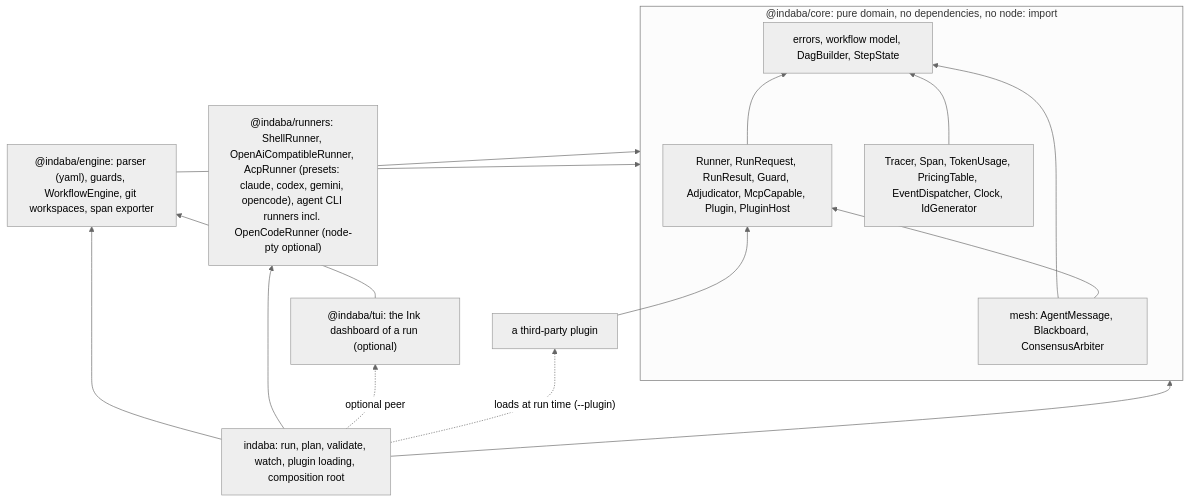
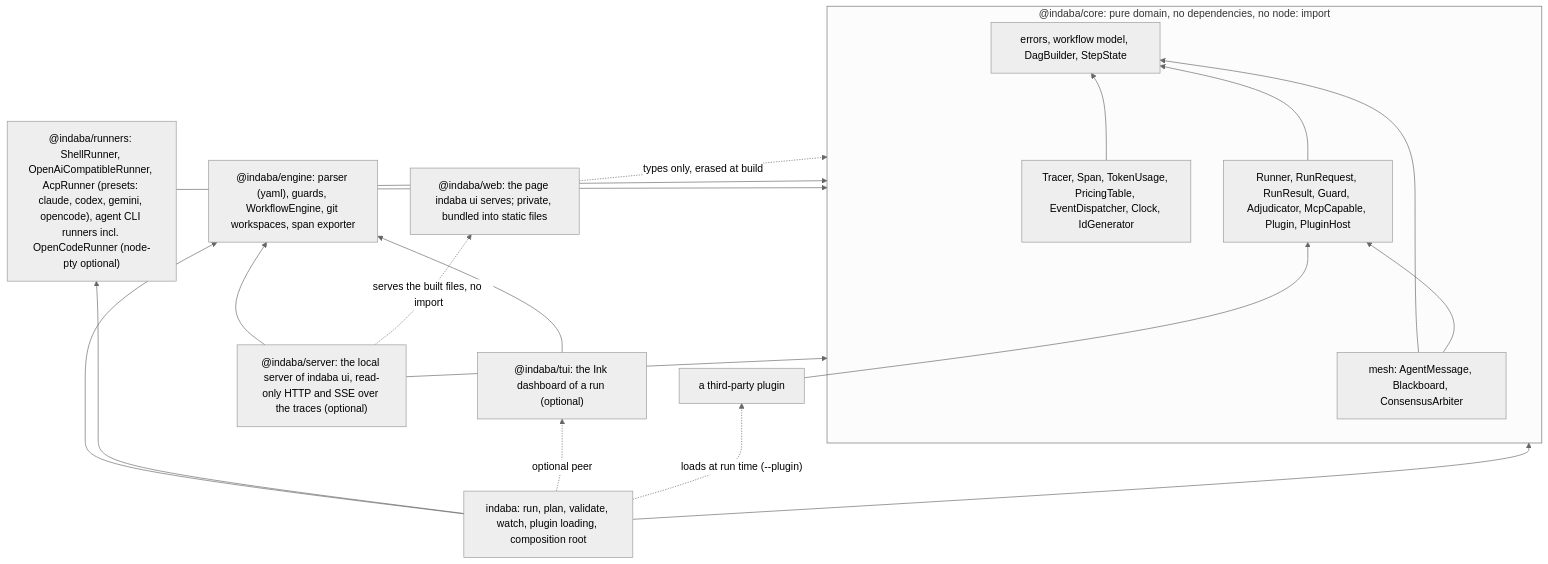
Before and after one commit to yaotzin1/indaba: the first of 2 diagrams in specs/DEPENDENCY_MAP.md, drawn with Mermaid (neutral theme). The commit also changed other lines of this file and 121 other files, not shown here.

First line of the commit message:
feat(web): indaba ui, a read-only token-protected view of the runs (@indaba/server and the web page) (#55)

````diff
--- a/specs/DEPENDENCY_MAP.md
+++ b/specs/DEPENDENCY_MAP.md
@@ -7,29 +7,35 @@
 ```mermaid
 graph BT
     subgraph Domain["@indaba/core: pure domain, no dependencies, no node: import"]
         Core["errors, workflow model, DagBuilder, StepState"]
         Mesh["mesh: AgentMessage, Blackboard, ConsensusArbiter"]
         Contracts["Runner, RunRequest, RunResult, Guard, Adjudicator, McpCapable, Plugin, PluginHost"]
         Obs["Tracer, Span, TokenUsage, PricingTable, EventDispatcher, Clock, IdGenerator"]
     end
 
     Engine["@indaba/engine: parser (yaml), guards, WorkflowEngine, git workspaces, span exporter"]
     Runners["@indaba/runners: ShellRunner, OpenAiCompatibleRunner, AcpRunner (presets: claude, codex, gemini, opencode), agent CLI runners incl. OpenCodeRunner (node-pty optional)"]
     Cli["indaba: run, plan, validate, watch, plugin loading, composition root"]
     Tui["@indaba/tui: the Ink dashboard of a run (optional)"]
+    Server["@indaba/server: the local server of indaba ui, read-only HTTP and SSE over the traces (optional)"]
+    Web["@indaba/web: the page indaba ui serves; private, bundled into static files"]
     Plugin["a third-party plugin"]
 
     Mesh --> Core
     Mesh --> Contracts
     Contracts --> Core
     Obs --> Core
     Engine --> Domain
     Runners --> Domain
     Cli --> Engine
     Cli --> Runners
     Cli --> Domain
     Cli -. "optional peer" .-> Tui
     Tui --> Engine
+    Server --> Engine
+    Server --> Domain
+    Web -. "types only, erased at build" .-> Domain
+    Server -. "serves the built files, no import" .-> Web
     Plugin --> Contracts
     Cli -. "loads at run time (--plugin)" .-> Plugin
 ```
````
